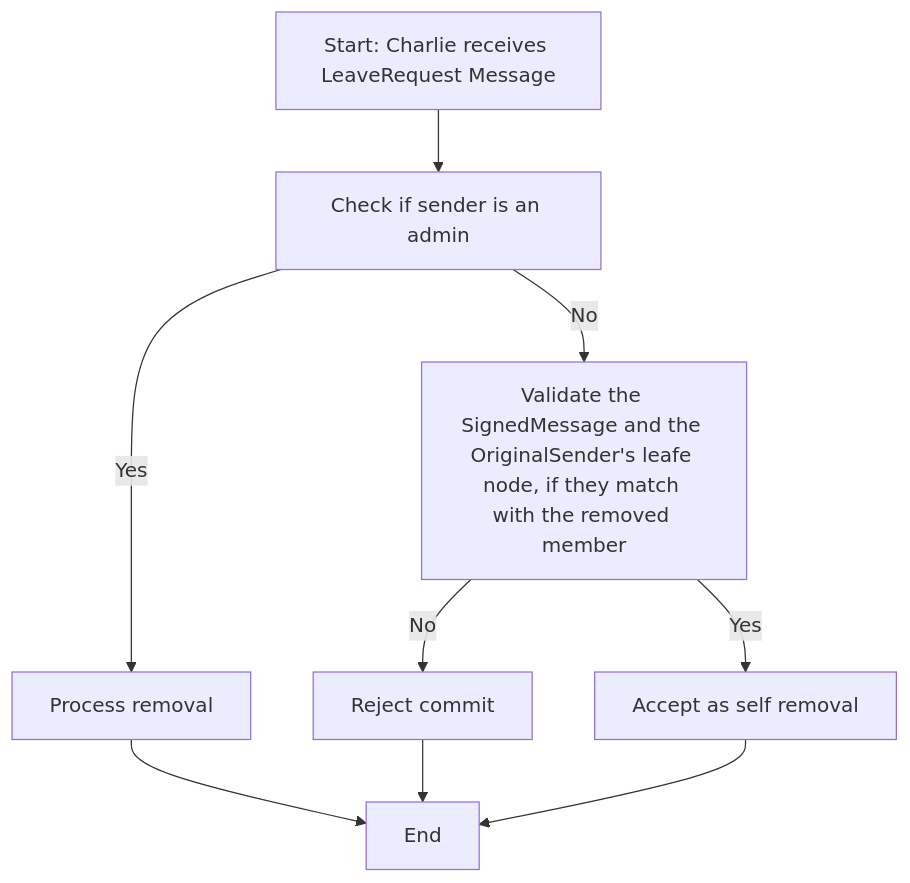
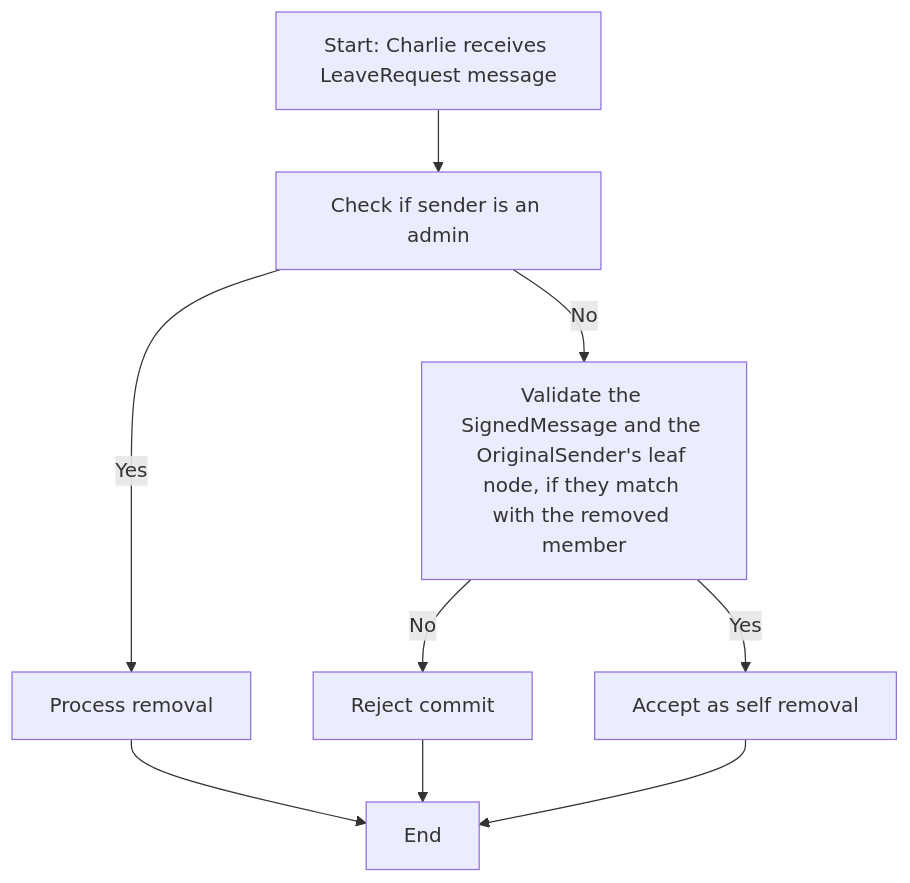
Before and after one commit to xmtp/XIPs: the fifth of 6 diagrams in xip-XX-self-removal.md, drawn with Mermaid. The commit also changed other lines of this file, not shown here.

````diff
--- a/xip-XX-self-removal.md
+++ b/xip-XX-self-removal.md
@@ -130,15 +130,15 @@
 ```mermaid
 flowchart TD
-    A[Start: Charlie receives LeaveRequest Message] --> B[Check if sender is an admin]
+    A[Start: Charlie receives LeaveRequest message] --> B[Check if sender is an admin]
     
     B -->|Yes| C[Process removal]
     C --> D[End]
     
-    B -->|No| E[Validate the SignedMessage and the OriginalSender's leafe node, if they match with the removed member]
+    B -->|No| E[Validate the SignedMessage and the OriginalSender's leaf node, if they match with the removed member]
     
     E -->|No| F[Reject commit]
     F --> D
 
     E -->|Yes| G[Accept as self removal]
     G --> D
 ```
````
